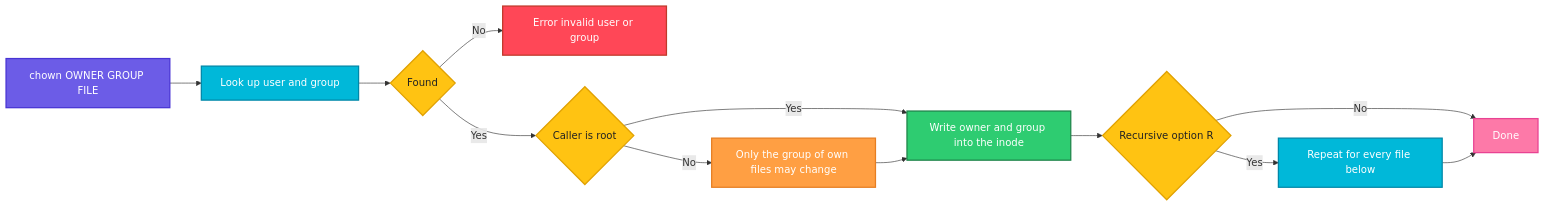
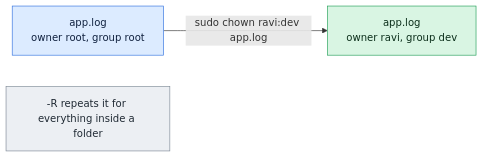
Before and after one commit to codeKerdosTech/DevOps-Documentation: the diagram in linux/permissions/chown.md, drawn with Mermaid. The commit also changed other lines of this file and 165 other files, not shown here.

Commit message:
updated diagrams in linux

````diff
--- a/linux/permissions/chown.md
+++ b/linux/permissions/chown.md
@@ -36,29 +36,13 @@
 ```mermaid
 flowchart LR
-    A[chown OWNER GROUP FILE] --> B[Look up user and group]
-    B --> C{Found}
-    C -->|No| D[Error invalid user or group]
-    C -->|Yes| E{Caller is root}
-    E -->|No| F[Only the group of own files may change]
-    E -->|Yes| G[Write owner and group into the inode]
-    F --> G
-    G --> H{Recursive option R}
-    H -->|Yes| I[Repeat for every file below]
-    H -->|No| J[Done]
-    I --> J
-    classDef start fill:#6C5CE7,stroke:#4834D4,stroke-width:2px,color:#fff
-    classDef proc fill:#00B8D9,stroke:#0087A8,stroke-width:2px,color:#fff
-    classDef dec fill:#FFC312,stroke:#E1A100,stroke-width:2px,color:#222
-    classDef ok fill:#2ECC71,stroke:#1E8449,stroke-width:2px,color:#fff
-    classDef err fill:#FF4757,stroke:#C0392B,stroke-width:2px,color:#fff
-    classDef out fill:#FD79A8,stroke:#E84393,stroke-width:2px,color:#fff
-    classDef alt fill:#FF9F43,stroke:#E67E22,stroke-width:2px,color:#fff
-    class A start
-    class B proc
-    class C,E,H dec
-    class D err
-    class F alt
-    class G ok
-    class I proc
-    class J out
+    i1[app.log<br/>owner root, group root] -->|sudo chown ravi:dev app.log| o1[app.log<br/>owner ravi, group dev]
+    n1[-R repeats it for everything inside a folder]
+    classDef inp fill:#DCEBFF,stroke:#2F6FDE,color:#10213F
+    classDef cmd fill:#FFF0C2,stroke:#C98A00,color:#3A2A00
+    classDef out fill:#D9F5E3,stroke:#1F9D55,color:#0B2E1A
+    classDef bad fill:#FDE0E0,stroke:#D13B3B,color:#4A0F0F
+    classDef note fill:#ECEFF3,stroke:#7B8794,color:#1F2933
+    class i1 inp
+    class o1 out
+    class n1 note
 ```
````
